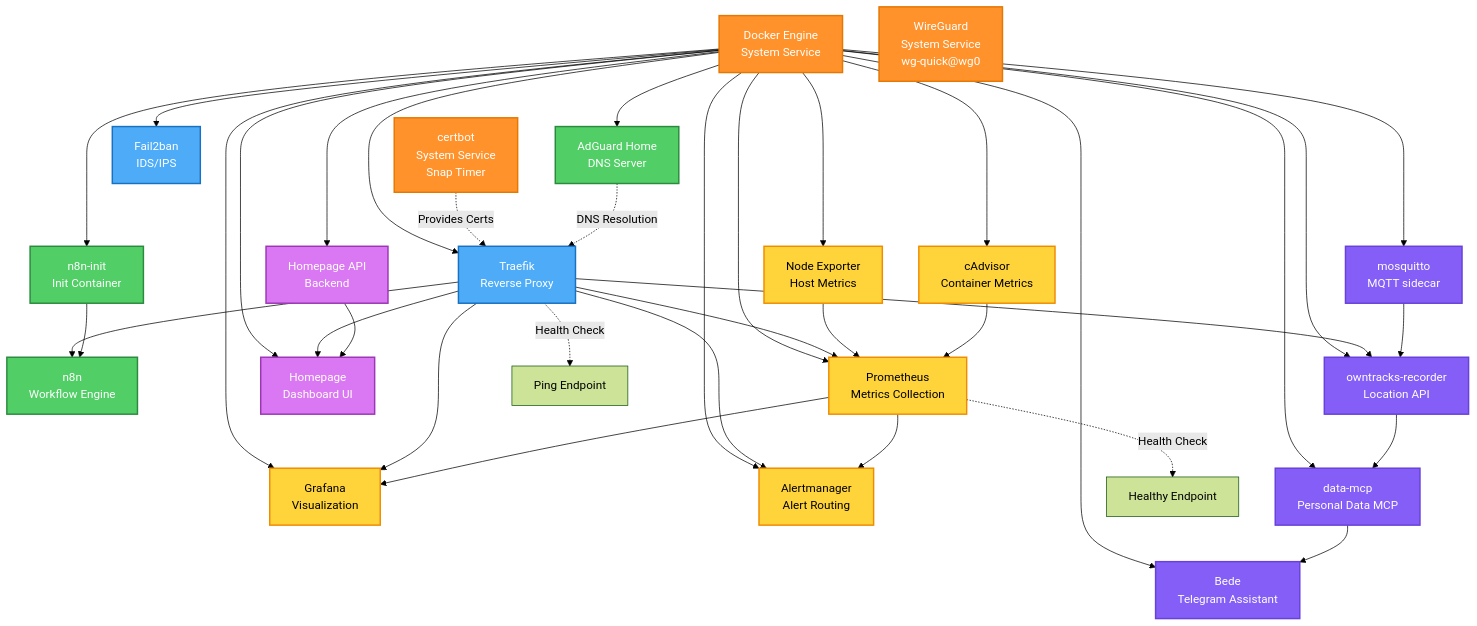
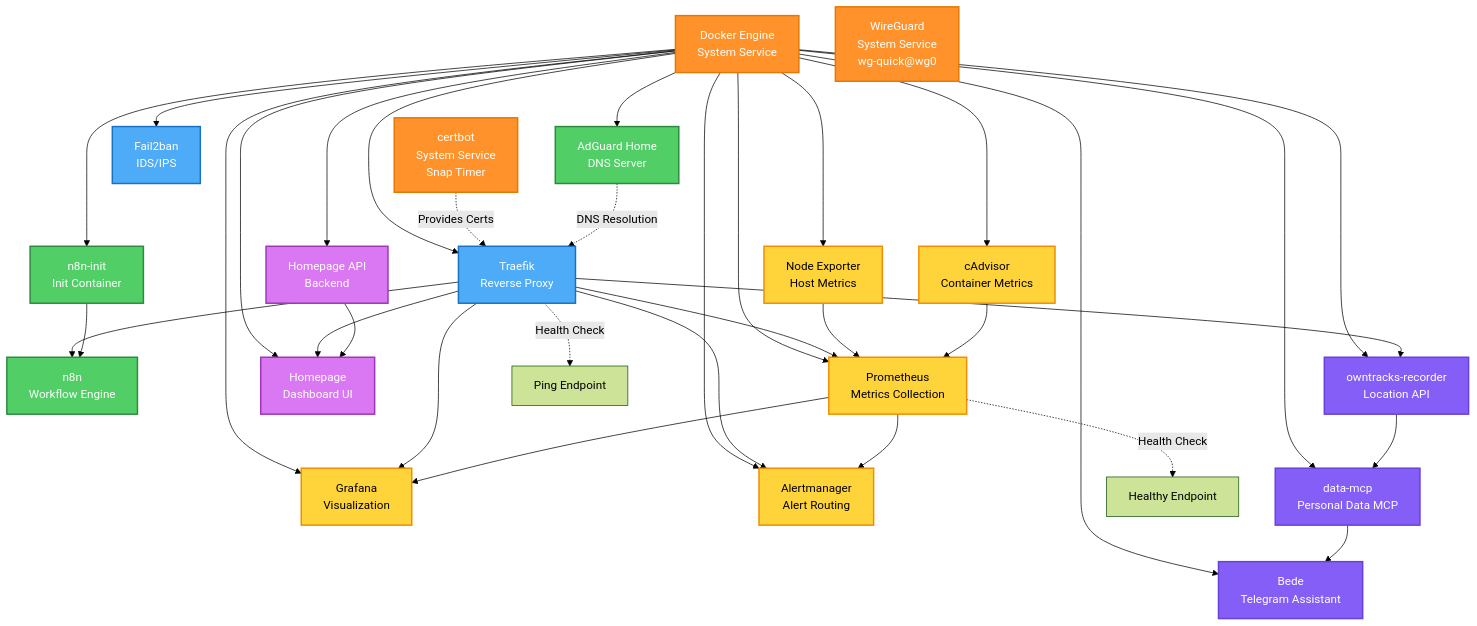
One commit to josephradford/home-server-stack changed the third of 5 diagrams in ARCHITECTURE.md. Above: the diagram before and after it, drawn with Mermaid (forest theme). The commit also changed other lines of this file and 3 other files, not shown here.

````diff
--- a/ARCHITECTURE.md
+++ b/ARCHITECTURE.md
@@ -366,9 +363,6 @@
     Personal Data MCP"]
     OwnTracks["owntracks-recorder
     Location API"]
-    Mosquitto["mosquitto
-    MQTT sidecar"]
-
     %% Dependencies
     Docker --> Traefik
     Docker --> Fail2ban
@@ -384,7 +378,6 @@
     Docker --> Bede
     Docker --> DataMCP
     Docker --> OwnTracks
-    Docker --> Mosquitto
 
     Traefik --> N8N
     Traefik --> Grafana
@@ -401,7 +394,6 @@
     Prometheus --> Alertmanager
 
     HomepageAPI --> Homepage
-    Mosquitto --> OwnTracks
     OwnTracks --> DataMCP
     DataMCP --> Bede
 
@@ -424,5 +416,5 @@
     class AdGuard,N8NInit,N8N core
     class Prometheus,NodeExporter,CAdvisor,Grafana,Alertmanager monitoring
     class HomepageAPI,Homepage dashboard
-    class Bede,DataMCP,OwnTracks,Mosquitto ai
+    class Bede,DataMCP,OwnTracks ai
 ```
````
